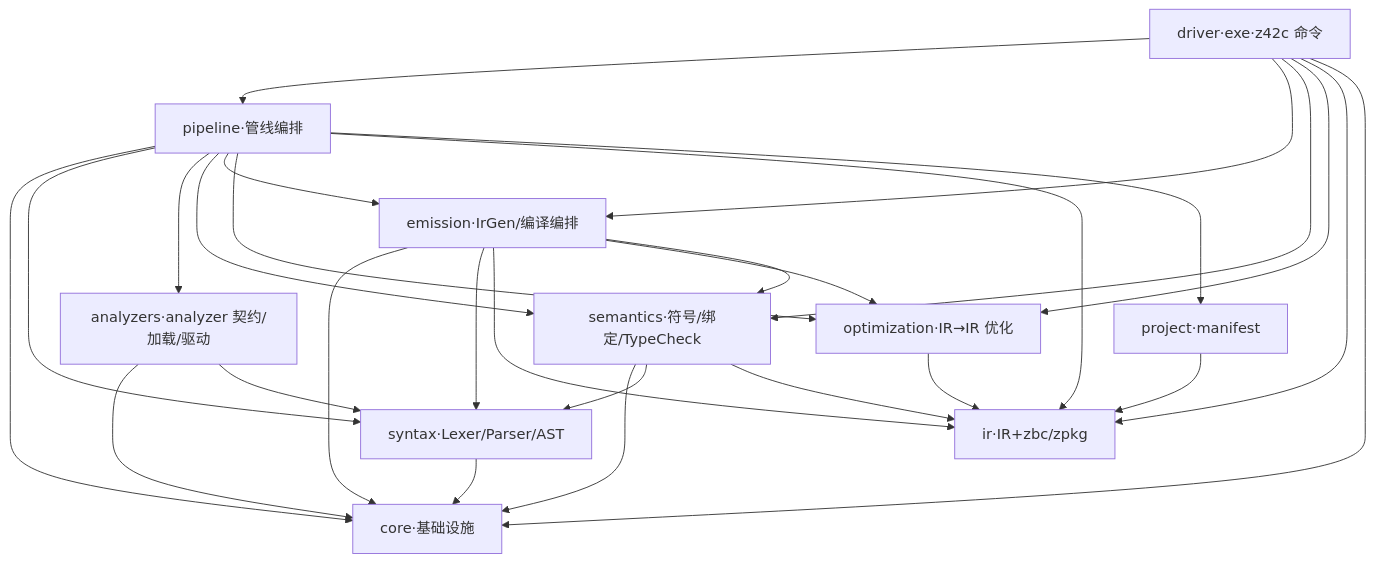
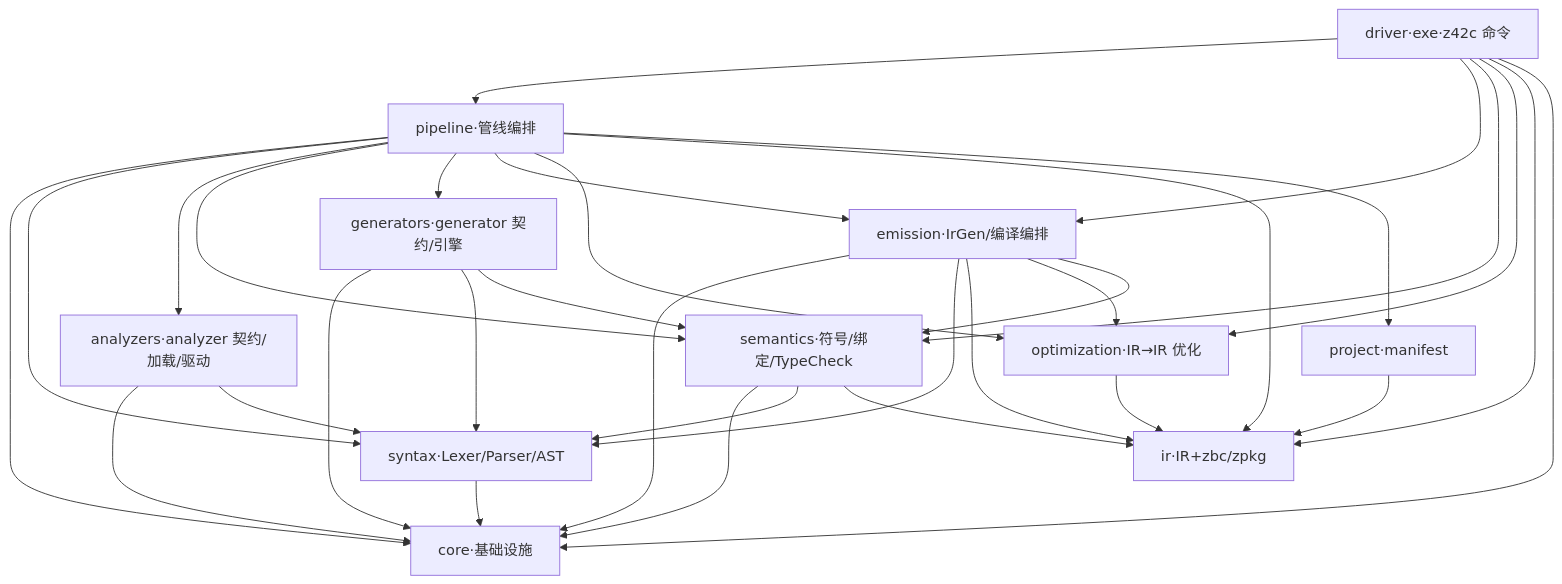
One commit to z42-lang/z42 changed the second of 3 diagrams in docs/internals/src/compiler/architecture.md. Above: the diagram before and after it, drawn with Mermaid. The commit also changed other lines of this file and 40 other files, not shown here.

First line of the commit message:
refactor(z42c): generator 拆成独立包 z42c.generators；内建脱糖归 semantics/Desugar

````diff
--- a/docs/internals/src/compiler/architecture.md
+++ b/docs/internals/src/compiler/architecture.md
@@ -23,13 +23,14 @@
 ```mermaid
 graph TD
     core[core·基础设施]
     ir[ir·IR+zbc/zpkg]
     syntax[syntax·Lexer/Parser/AST] --> core
     analyzers[analyzers·analyzer 契约/加载/驱动] --> core & syntax
     project[project·manifest] --> ir
     optimization[optimization·IR→IR 优化] --> ir
     semantics[semantics·符号/绑定/TypeCheck] --> core & syntax & ir
+    generators[generators·generator 契约/引擎] --> core & syntax & semantics
     emission[emission·IrGen/编译编排] --> core & syntax & ir & optimization & semantics
-    pipeline[pipeline·管线编排] --> core & syntax & analyzers & semantics & emission & optimization & ir & project
+    pipeline[pipeline·管线编排] --> core & syntax & analyzers & semantics & generators & emission & optimization & ir & project
     driver[driver·exe·z42c 命令] --> pipeline & emission & semantics & optimization & ir & core
 ```
````
